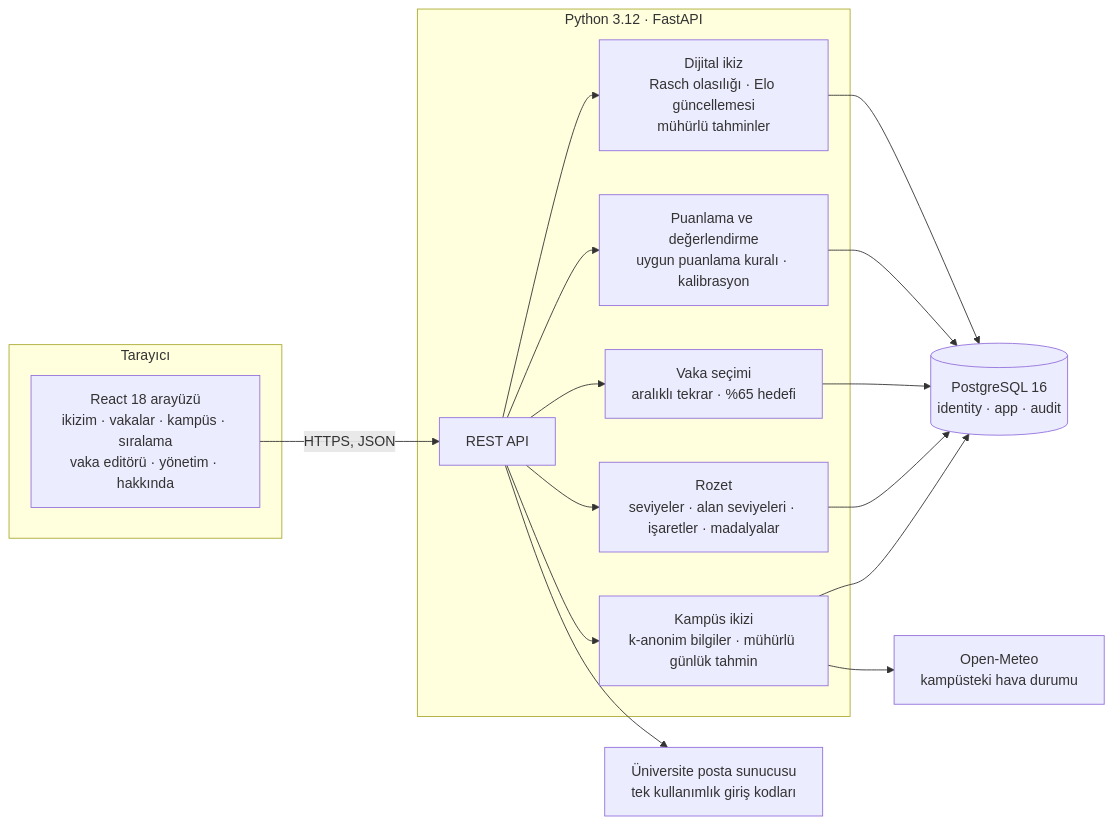
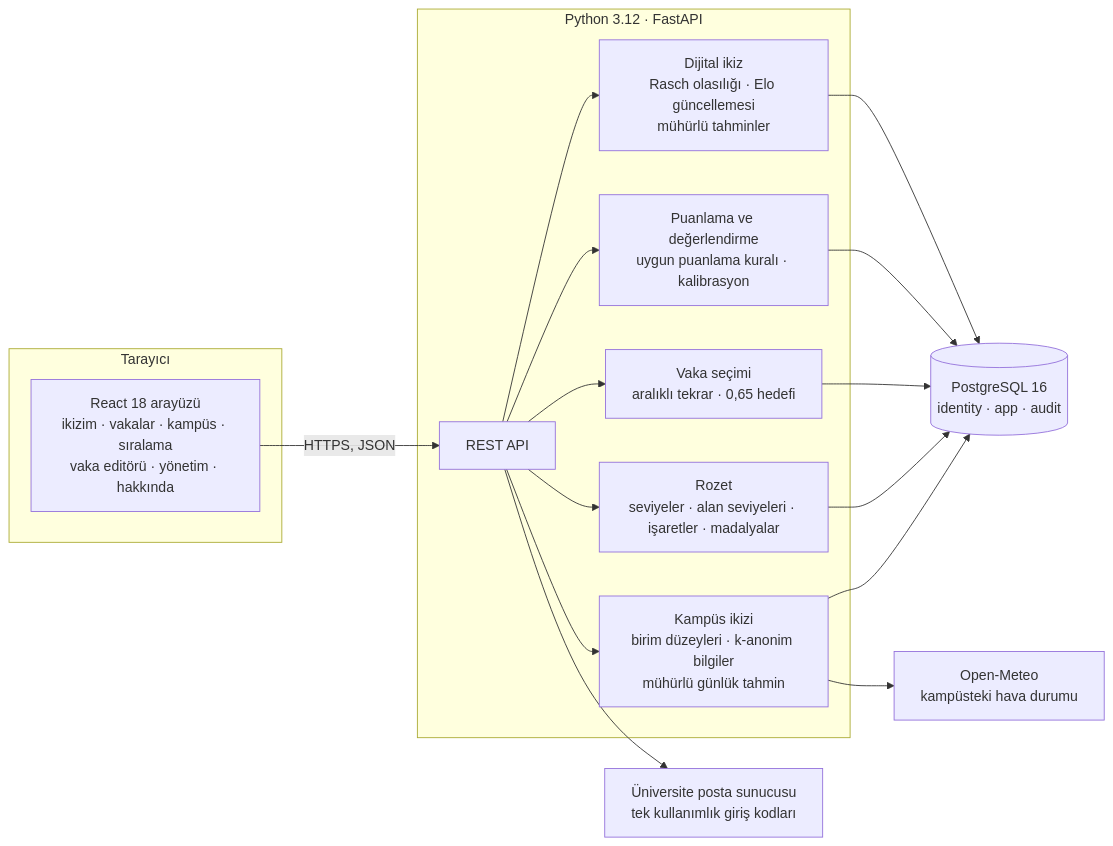
One commit to utkukose/AI-Literacy-Digital-Twin changed the second of 2 diagrams in README.md. Above: the diagram before and after it, drawn with Mermaid. The commit also changed other lines of this file and 13 other files, not shown here.

````diff
--- a/README.md
+++ b/README.md
@@ -339,30 +347,30 @@
 ```mermaid
 flowchart LR
     subgraph B["Tarayıcı"]
         UI["React 18 arayüzü<br/>ikizim · vakalar · kampüs · sıralama<br/>vaka editörü · yönetim · hakkında"]
     end
     subgraph S["Python 3.12 · FastAPI"]
         API["REST API"]
         TWIN["Dijital ikiz<br/>Rasch olasılığı · Elo güncellemesi<br/>mühürlü tahminler"]
         SCORE["Puanlama ve değerlendirme<br/>uygun puanlama kuralı · kalibrasyon"]
-        NEXT["Vaka seçimi<br/>aralıklı tekrar · %65 hedefi"]
+        NEXT["Vaka seçimi<br/>aralıklı tekrar · 0,65 hedefi"]
         BADGE["Rozet<br/>seviyeler · alan seviyeleri · işaretler · madalyalar"]
-        CAMPUS["Kampüs ikizi<br/>k-anonim bilgiler · mühürlü günlük tahmin"]
+        CAMPUS["Kampüs ikizi<br/>birim düzeyleri · k-anonim bilgiler<br/>mühürlü günlük tahmin"]
     end
     DB[("PostgreSQL 16<br/>identity · app · audit")]
     MAIL["Üniversite posta sunucusu<br/>tek kullanımlık giriş kodları"]
     WX["Open-Meteo<br/>kampüsteki hava durumu"]
     UI -->|"HTTPS, JSON"| API
     API --> TWIN
     API --> SCORE
     API --> NEXT
     API --> BADGE
     API --> CAMPUS
     TWIN --> DB
     SCORE --> DB
     NEXT --> DB
     BADGE --> DB
     CAMPUS --> DB
     API --> MAIL
     CAMPUS --> WX
 ```
````
